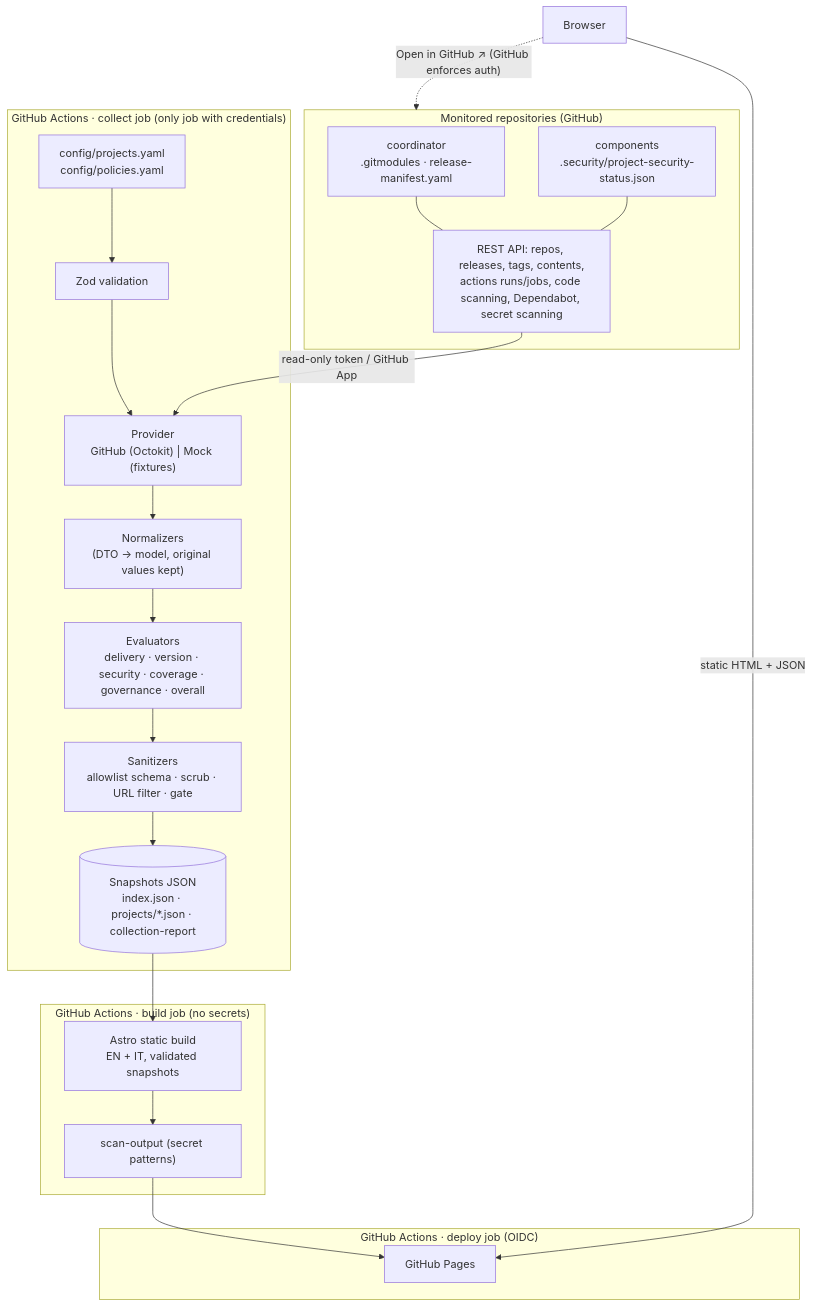
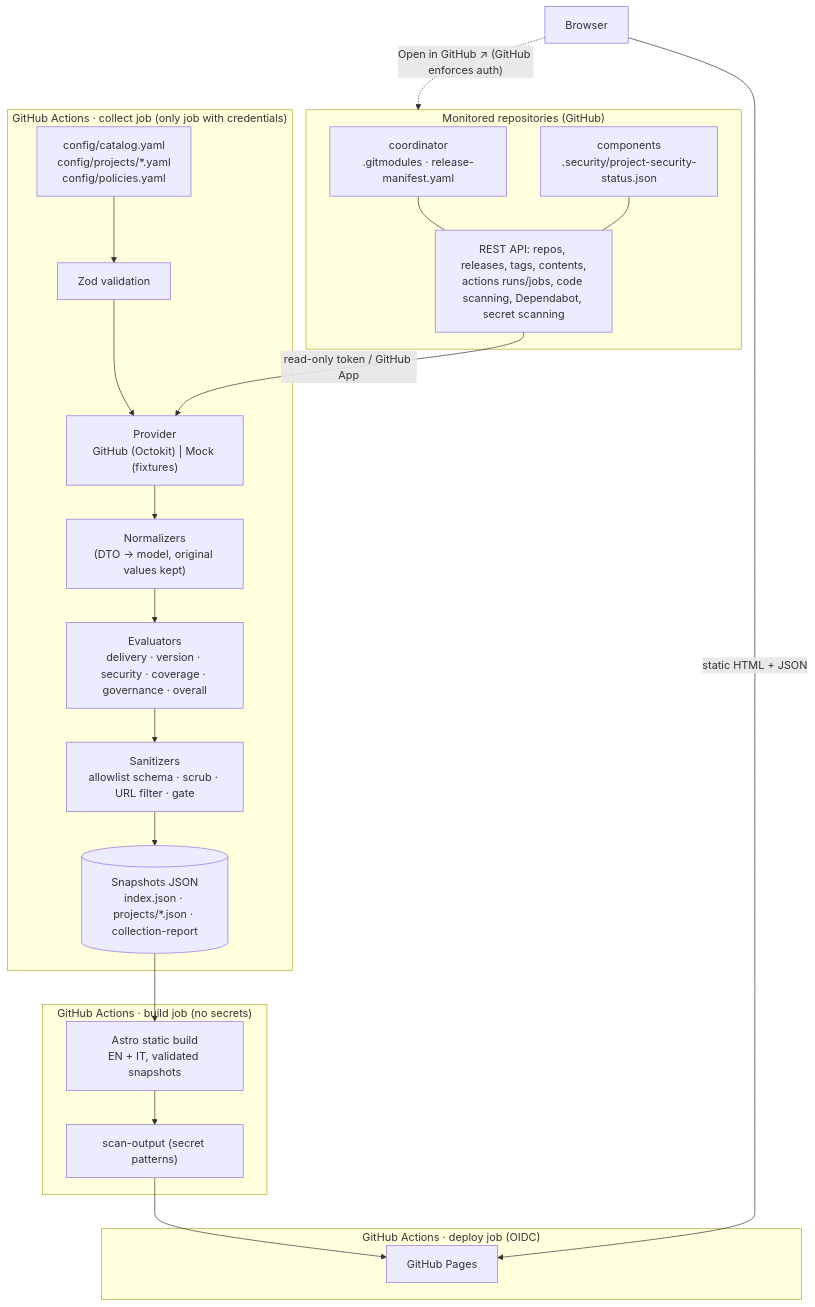
The diagram in docs/architecture.md (massimilianolapuma/engineering-project-hub), drawn with Mermaid before and after one commit. The commit also changed other lines of this file and 65 other files, not shown here.

````diff
--- a/docs/architecture.md
+++ b/docs/architecture.md
@@ -20,32 +20,32 @@
 ```mermaid
 flowchart TB
   subgraph Sources["Monitored repositories (GitHub)"]
     COORD["coordinator<br/>.gitmodules · release-manifest.yaml"]
     COMP["components<br/>.security/project-security-status.json"]
     API["REST API: repos, releases, tags, contents,<br/>actions runs/jobs, code scanning, Dependabot, secret scanning"]
     COORD --- API
     COMP --- API
   end
 
   subgraph Collect["GitHub Actions · collect job (only job with credentials)"]
-    CFG["config/projects.yaml<br/>config/policies.yaml"] --> VAL["Zod validation"]
+    CFG["config/catalog.yaml<br/>config/projects/*.yaml<br/>config/policies.yaml"] --> VAL["Zod validation"]
     VAL --> PROV["Provider<br/>GitHub (Octokit) | Mock (fixtures)"]
     PROV --> NORM["Normalizers<br/>(DTO → model, original values kept)"]
     NORM --> EVAL["Evaluators<br/>delivery · version · security · coverage · governance · overall"]
     EVAL --> SAN["Sanitizers<br/>allowlist schema · scrub · URL filter · gate"]
     SAN --> SNAP[("Snapshots JSON<br/>index.json · projects/*.json · collection-report")]
   end
 
   subgraph Build["GitHub Actions · build job (no secrets)"]
     SNAP --> ASTRO["Astro static build<br/>EN + IT, validated snapshots"]
     ASTRO --> SCAN["scan-output (secret patterns)"]
   end
 
   subgraph Publish["GitHub Actions · deploy job (OIDC)"]
     SCAN --> PAGES["GitHub Pages"]
   end
 
   API -- read-only token / GitHub App --> PROV
   USER["Browser"] -- static HTML + JSON --> PAGES
   USER -. "Open in GitHub ↗ (GitHub enforces auth)" .-> Sources
 ```
````
